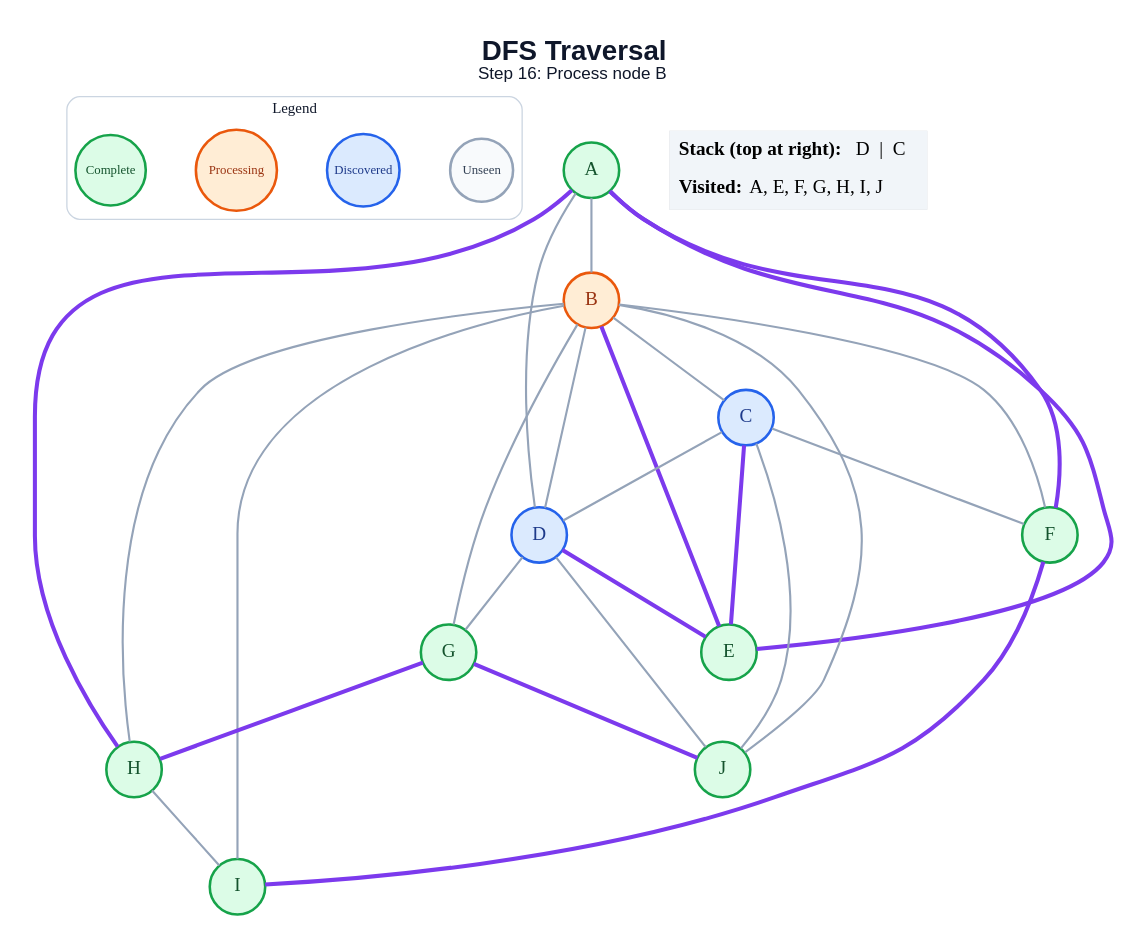
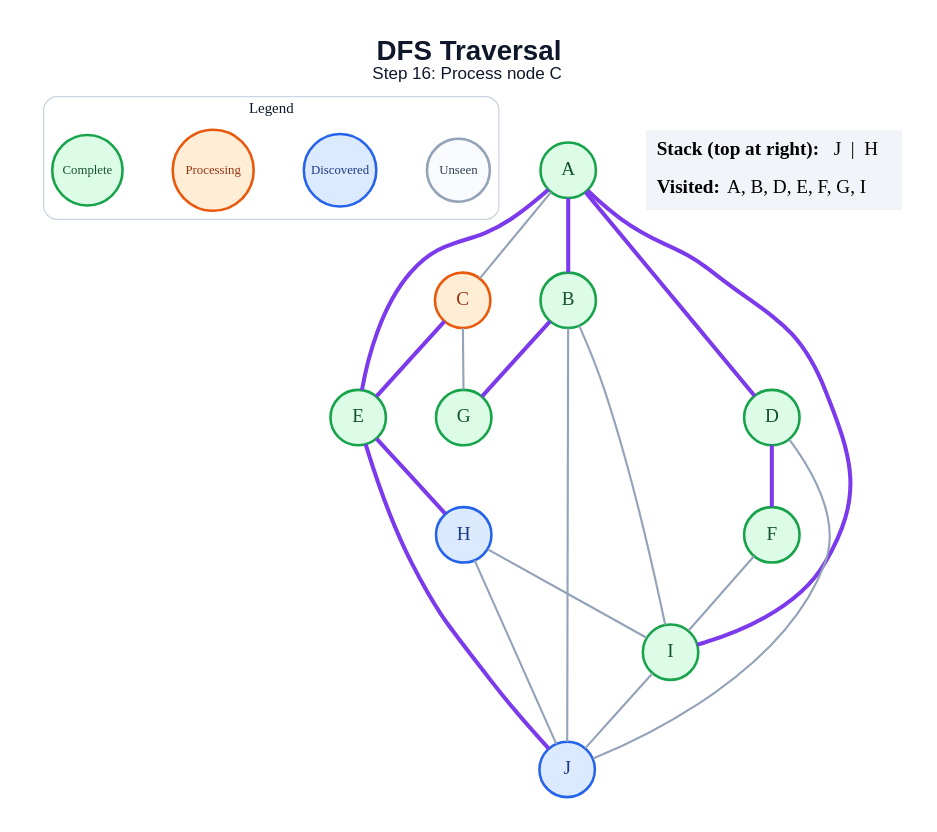
One commit to amanghodawala9/ai-slop changed the diagram in generated/specific-node/dfs/step_16.dot. Above: the diagram before and after it, drawn with Graphviz. The commit also changed 178 other files, not shown here.

```diff
--- a/generated/specific-node/dfs/step_16.dot
+++ b/generated/specific-node/dfs/step_16.dot
@@ -1,53 +1,47 @@
 graph traversal {
   graph [layout=dot, rankdir=TB, bgcolor="#FFFFFF", pad="0.35", nodesep="0.65", ranksep="0.8", fontname="Arial"];
   node [shape=circle, style="filled", fontname="Arial Bold", fontsize=18, width=0.72, fixedsize=true, penwidth=2.4];
   edge [color="#94A3B8", penwidth=2.0];
-  label=<<B>DFS Traversal</B><BR/><FONT POINT-SIZE="16">Step 16: Process node B</FONT>>; labelloc="t"; fontsize=26; fontname="Arial"; fontcolor="#0F172A";
+  label=<<B>DFS Traversal</B><BR/><FONT POINT-SIZE="16">Step 16: Process node C</FONT>>; labelloc="t"; fontsize=26; fontname="Arial"; fontcolor="#0F172A";
   subgraph cluster_legend { label="Legend"; color="#CBD5E1"; penwidth=1.2; style="rounded"; fontsize=14; fontname="Arial Bold";
     key_unseen [label="Unseen", fillcolor="#F8FAFC", color="#94A3B8", fontcolor="#334155", fontsize=12, width=0.82];
     key_frontier [label="Discovered", fillcolor="#DBEAFE", color="#2563EB", fontcolor="#1E3A8A", fontsize=12, width=0.95];
     key_current [label="Processing", fillcolor="#FFEDD5", color="#EA580C", fontcolor="#9A3412", fontsize=12, width=1.05];
     key_done [label="Complete", fillcolor="#DCFCE7", color="#16A34A", fontcolor="#14532D", fontsize=12, width=0.92];
     { rank=same; key_unseen; key_frontier; key_current; key_done; }
   }
   A [fillcolor="#DCFCE7", color="#16A34A", fontcolor="#14532D"];
-  B [fillcolor="#FFEDD5", color="#EA580C", fontcolor="#9A3412"];
-  C [fillcolor="#DBEAFE", color="#2563EB", fontcolor="#1E3A8A"];
-  D [fillcolor="#DBEAFE", color="#2563EB", fontcolor="#1E3A8A"];
+  B [fillcolor="#DCFCE7", color="#16A34A", fontcolor="#14532D"];
+  C [fillcolor="#FFEDD5", color="#EA580C", fontcolor="#9A3412"];
+  D [fillcolor="#DCFCE7", color="#16A34A", fontcolor="#14532D"];
   E [fillcolor="#DCFCE7", color="#16A34A", fontcolor="#14532D"];
   F [fillcolor="#DCFCE7", color="#16A34A", fontcolor="#14532D"];
   G [fillcolor="#DCFCE7", color="#16A34A", fontcolor="#14532D"];
-  H [fillcolor="#DCFCE7", color="#16A34A", fontcolor="#14532D"];
+  H [fillcolor="#DBEAFE", color="#2563EB", fontcolor="#1E3A8A"];
   I [fillcolor="#DCFCE7", color="#16A34A", fontcolor="#14532D"];
-  J [fillcolor="#DCFCE7", color="#16A34A", fontcolor="#14532D"];
-  A -- B;
-  A -- D;
+  J [fillcolor="#DBEAFE", color="#2563EB", fontcolor="#1E3A8A"];
+  A -- B [color="#7C3AED", penwidth=3.8];
+  A -- C;
+  A -- D [color="#7C3AED", penwidth=3.8];
   A -- E [color="#7C3AED", penwidth=3.8];
-  A -- F [color="#7C3AED", penwidth=3.8];
-  A -- H [color="#7C3AED", penwidth=3.8];
-  B -- C;
-  B -- D;
-  B -- E [color="#7C3AED", penwidth=3.8];
-  B -- F;
-  B -- G;
-  B -- H;
+  A -- I [color="#7C3AED", penwidth=3.8];
+  B -- G [color="#7C3AED", penwidth=3.8];
   B -- I;
   B -- J;
-  C -- D;
   C -- E [color="#7C3AED", penwidth=3.8];
-  C -- F;
-  C -- J;
-  D -- E [color="#7C3AED", penwidth=3.8];
-  D -- G;
+  C -- G;
+  D -- F [color="#7C3AED", penwidth=3.8];
   D -- J;
-  F -- I [color="#7C3AED", penwidth=3.8];
-  G -- H [color="#7C3AED", penwidth=3.8];
-  G -- J [color="#7C3AED", penwidth=3.8];
+  E -- H [color="#7C3AED", penwidth=3.8];
+  E -- J [color="#7C3AED", penwidth=3.8];
+  F -- I;
   H -- I;
+  H -- J;
+  I -- J;
   status [shape=plain, fixedsize=false, width=0, height=0, margin=0, label=<
     <TABLE BORDER="0" CELLBORDER="0" CELLPADDING="7" BGCOLOR="#F1F5F9">
-      <TR><TD ALIGN="LEFT"><B>Stack (top at right):</B> D  |  C</TD></TR>
-      <TR><TD ALIGN="LEFT"><B>Visited:</B> A, E, F, G, H, I, J</TD></TR>
+      <TR><TD ALIGN="LEFT"><B>Stack (top at right):</B> J  |  H</TD></TR>
+      <TR><TD ALIGN="LEFT"><B>Visited:</B> A, B, D, E, F, G, I</TD></TR>
     </TABLE>
   >];
 }
```
